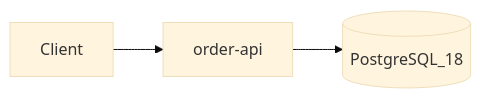
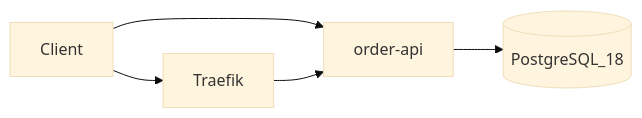
The first of 2 diagrams in docs/docs/architecture/overview.mdx (ianckc/streamshop-distributed-system), drawn with Mermaid (base theme) before and after one commit. The commit also changed other lines of this file and 9 other files, not shown here.

Commit message:
Add Traefik as an API gateway and connect `order-api` (#7)

````diff
--- a/docs/docs/architecture/overview.mdx
+++ b/docs/docs/architecture/overview.mdx
@@ -11,5 +11,7 @@
 ```mermaid
 flowchart LR
-  Client[Client] --> OrderAPI[order-api]
+  Client[Client] --> Traefik[Traefik]
+  Client --> OrderAPI[order-api]
+  Traefik --> OrderAPI
   OrderAPI --> Postgres[(PostgreSQL_18)]
 ```
````
